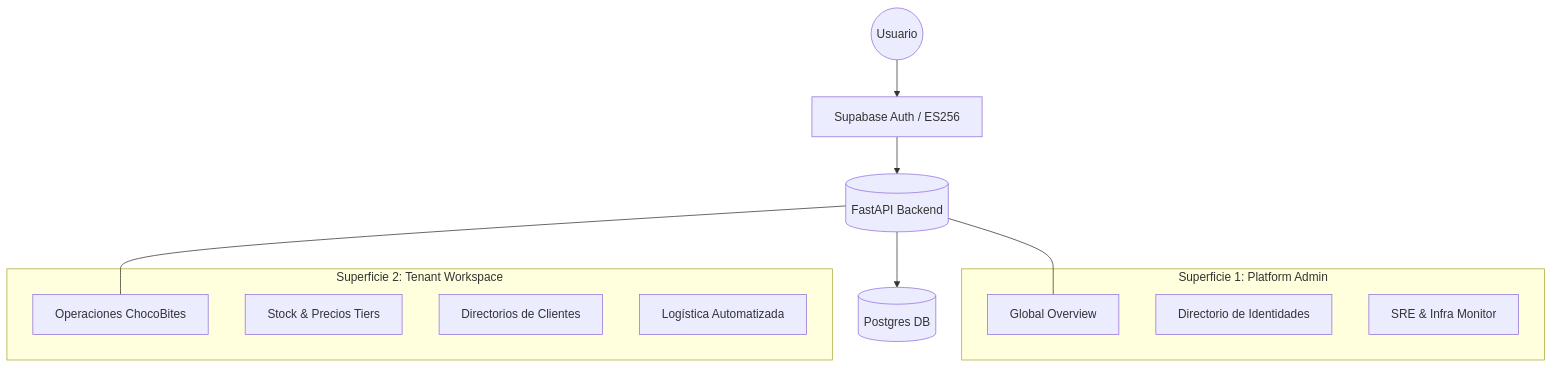
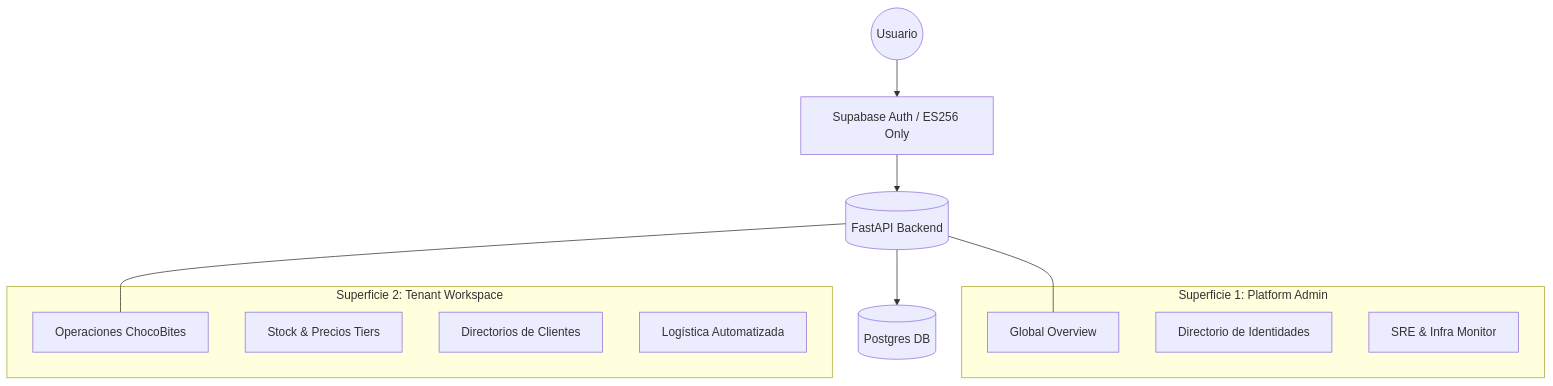
The diagram in README.md (aacshar14/Entrega), drawn with Mermaid before and after one commit. The commit also changed other lines of this file and 2 other files, not shown here.

Commit message:
Hardening security: enforced ES256 ONLY and removed HS256 tech debt

````diff
--- a/README.md
+++ b/README.md
@@ -33,27 +33,27 @@
 ```mermaid
 graph TD
     User((Usuario))
-    Auth[Supabase Auth / ES256]
+    Auth[Supabase Auth / ES256 Only]
     API[(FastAPI Backend)]
     DB[(Postgres DB)]
     
     User --> Auth
     Auth --> API
     API --> DB
 
     subgraph "Superficie 1: Platform Admin"
         AdminPanel[Global Overview]
         UserRegistry[Directorio de Identidades]
         SystemHealth[SRE & Infra Monitor]
     end
 
     subgraph "Superficie 2: Tenant Workspace"
         Dashboard[Operaciones ChocoBites]
         Inventory[Stock & Precios Tiers]
         CRM[Directorios de Clientes]
         WhatsApp[Logística Automatizada]
     end
 
     API --- AdminPanel
     API --- Dashboard
 ```
````
